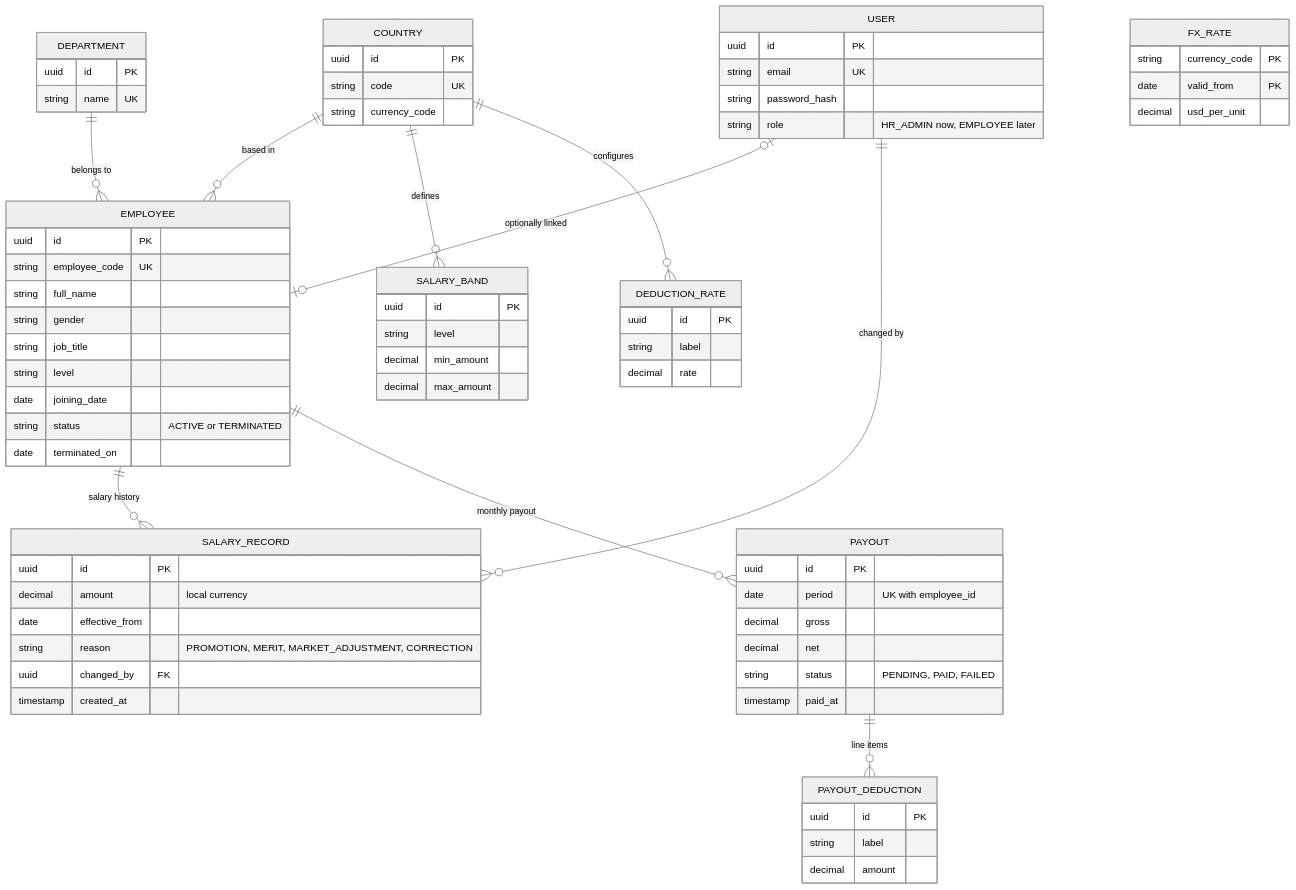
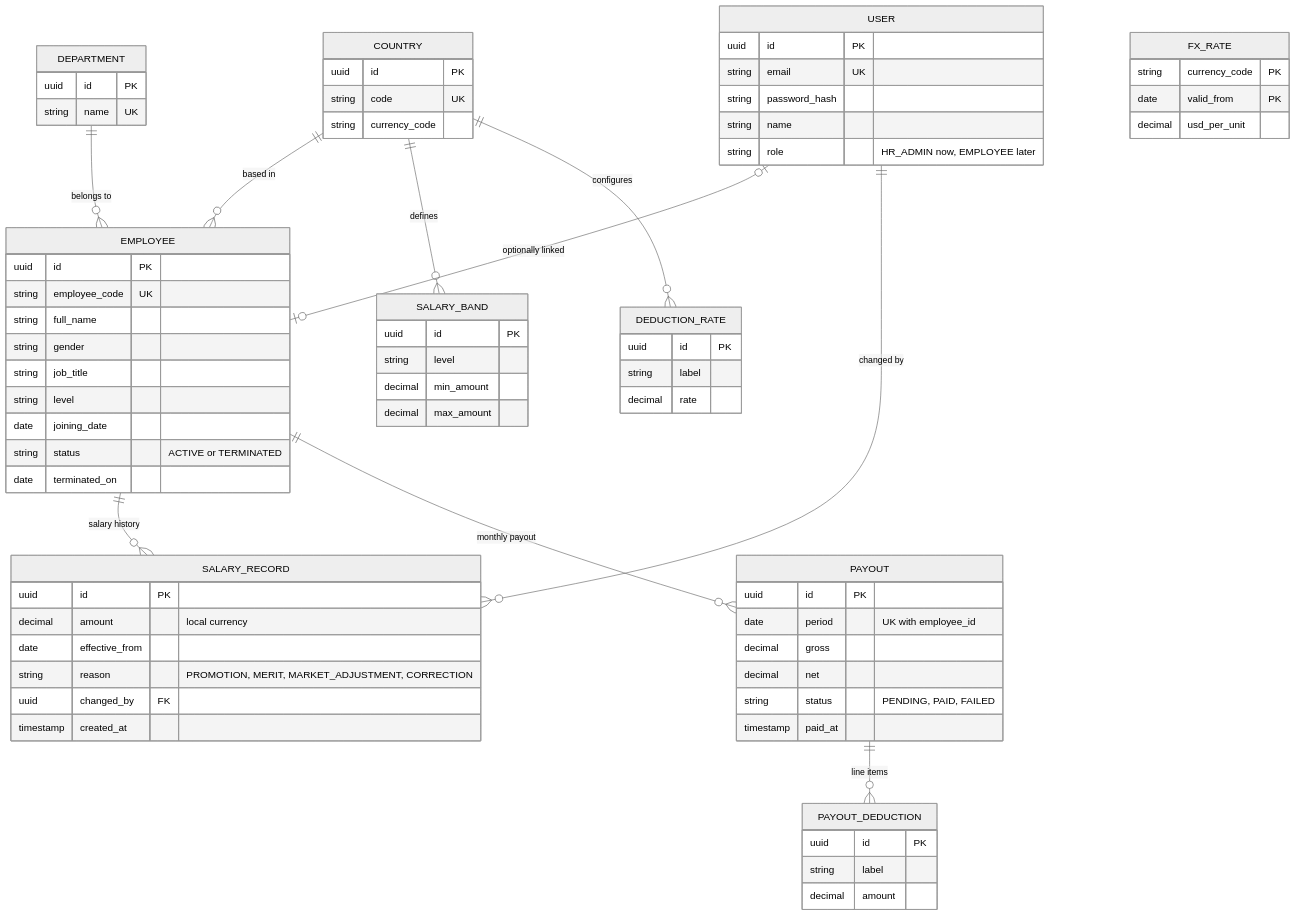
One commit to nishith7/acme-salary-management-app changed the fourth of 4 diagrams in docs/architecture.md. Above: the diagram before and after it, drawn with Mermaid (neutral theme). The commit also changed other lines of this file and 4 other files, not shown here.

````diff
--- a/docs/architecture.md
+++ b/docs/architecture.md
@@ -54,76 +56,77 @@
 ```mermaid
 erDiagram
   COUNTRY ||--o{ EMPLOYEE : "based in"
   DEPARTMENT ||--o{ EMPLOYEE : "belongs to"
   EMPLOYEE ||--o{ SALARY_RECORD : "salary history"
   EMPLOYEE ||--o{ PAYOUT : "monthly payout"
   PAYOUT ||--o{ PAYOUT_DEDUCTION : "line items"
   COUNTRY ||--o{ SALARY_BAND : "defines"
   COUNTRY ||--o{ DEDUCTION_RATE : "configures"
   USER |o--o| EMPLOYEE : "optionally linked"
   USER ||--o{ SALARY_RECORD : "changed by"
 
   COUNTRY {
     uuid id PK
     string code UK
     string currency_code
   }
   DEPARTMENT {
     uuid id PK
     string name UK
   }
   EMPLOYEE {
     uuid id PK
     string employee_code UK
     string full_name
     string gender
     string job_title
     string level
     date joining_date
     string status "ACTIVE or TERMINATED"
     date terminated_on
   }
   SALARY_RECORD {
     uuid id PK
     decimal amount "local currency"
     date effective_from
     string reason "PROMOTION, MERIT, MARKET_ADJUSTMENT, CORRECTION"
     uuid changed_by FK
     timestamp created_at
   }
   SALARY_BAND {
     uuid id PK
     string level
     decimal min_amount
     decimal max_amount
   }
   PAYOUT {
     uuid id PK
     date period "UK with employee_id"
     decimal gross
     decimal net
     string status "PENDING, PAID, FAILED"
     timestamp paid_at
   }
   PAYOUT_DEDUCTION {
     uuid id PK
     string label
     decimal amount
   }
   DEDUCTION_RATE {
     uuid id PK
     string label
     decimal rate
   }
   USER {
     uuid id PK
     string email UK
     string password_hash
+    string name
     string role "HR_ADMIN now, EMPLOYEE later"
   }
   FX_RATE {
     string currency_code PK
     date valid_from PK
     decimal usd_per_unit
   }
 ```
````
